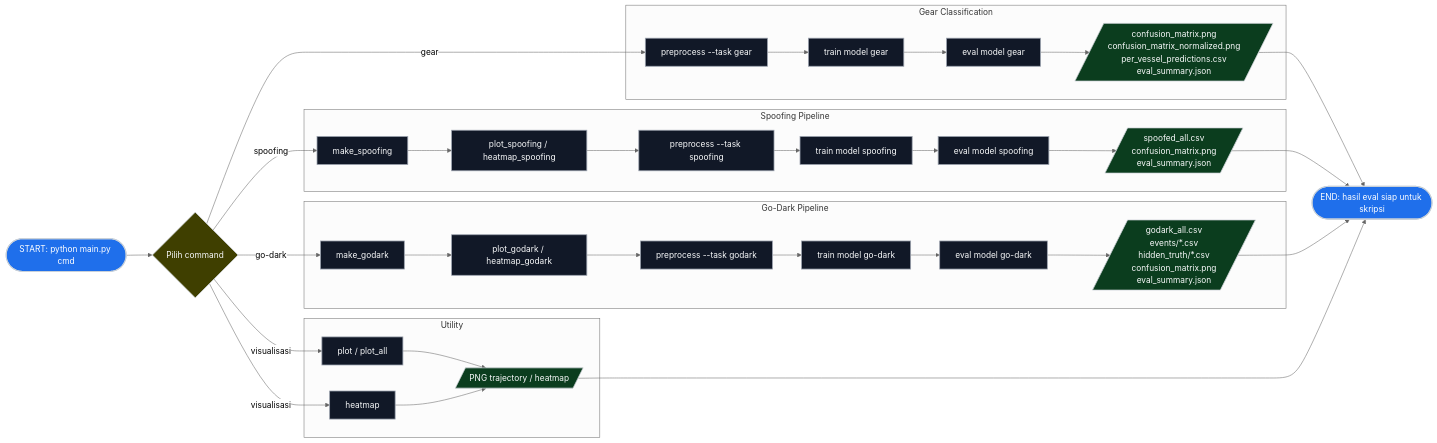
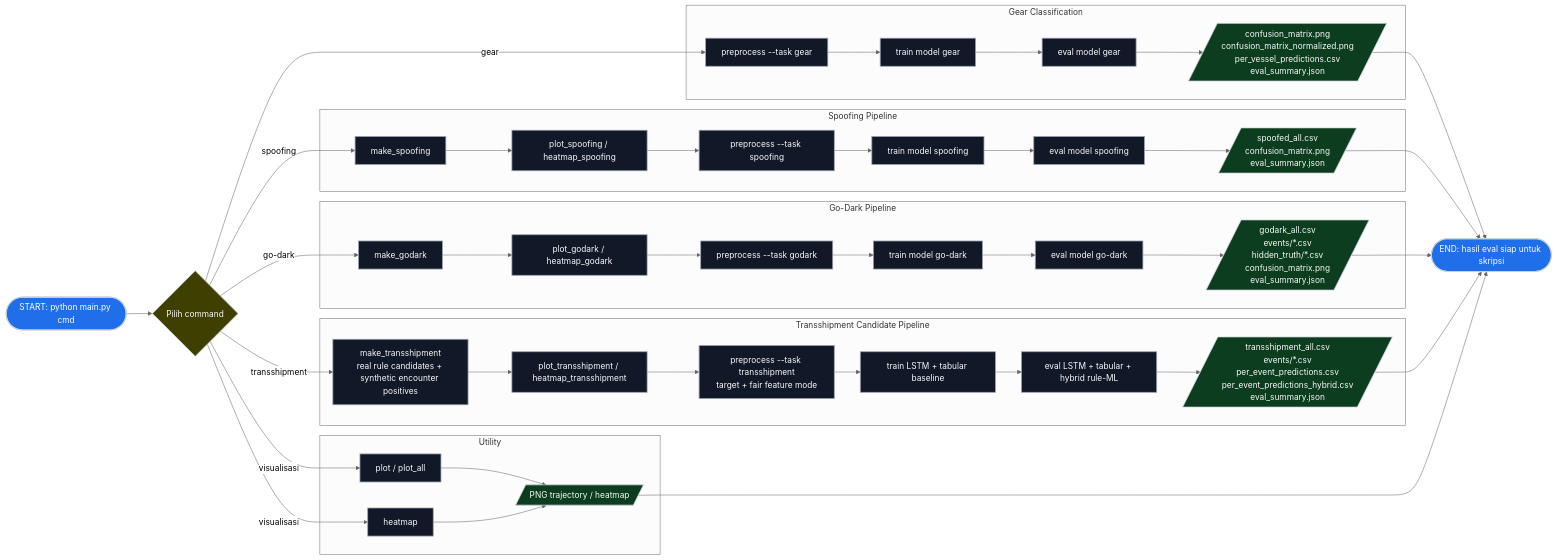
The diagram in FLOWCHART.md (dhyaaqilla15-phy/TAcodingGFWanomaly), drawn with Mermaid (neutral theme) before and after one commit. The commit also changed other lines of this file and 14 other files, not shown here.

````diff
--- a/FLOWCHART.md
+++ b/FLOWCHART.md
@@ -5,59 +5,71 @@
 ```mermaid
 flowchart LR
   classDef startEnd fill:#1f6feb,stroke:#c9d1d9,color:#ffffff,stroke-width:2px;
   classDef process fill:#111827,stroke:#9ca3af,color:#f9fafb,stroke-width:1.5px;
   classDef decision fill:#3f3f00,stroke:#d1d5db,color:#f9fafb,stroke-width:1.5px;
   classDef io fill:#0b3d1e,stroke:#d1d5db,color:#f9fafb,stroke-width:1.5px;
 
   A([START: python main.py cmd]):::startEnd
   B{Pilih command}:::decision
   A --> B
 
   subgraph G[Gear Classification]
     G1[preprocess --task gear]:::process
     G2[train model gear]:::process
     G3[eval model gear]:::process
     G4[/confusion_matrix.png<br/>confusion_matrix_normalized.png<br/>per_vessel_predictions.csv<br/>eval_summary.json/]:::io
     G1 --> G2 --> G3 --> G4
   end
 
   subgraph S[Spoofing Pipeline]
     S1[make_spoofing]:::process
     S2[plot_spoofing / heatmap_spoofing]:::process
     S3[preprocess --task spoofing]:::process
     S4[train model spoofing]:::process
     S5[eval model spoofing]:::process
     S6[/spoofed_all.csv<br/>confusion_matrix.png<br/>eval_summary.json/]:::io
     S1 --> S2 --> S3 --> S4 --> S5 --> S6
   end
 
   subgraph D[Go-Dark Pipeline]
     D1[make_godark]:::process
     D2[plot_godark / heatmap_godark]:::process
     D3[preprocess --task godark]:::process
     D4[train model go-dark]:::process
     D5[eval model go-dark]:::process
     D6[/godark_all.csv<br/>events/*.csv<br/>hidden_truth/*.csv<br/>confusion_matrix.png<br/>eval_summary.json/]:::io
     D1 --> D2 --> D3 --> D4 --> D5 --> D6
   end
 
+  subgraph T[Transshipment Candidate Pipeline]
+    T1[make_transshipment<br/>real rule candidates + synthetic encounter positives]:::process
+    T2[plot_transshipment / heatmap_transshipment]:::process
+    T3[preprocess --task transshipment<br/>target + fair feature mode]:::process
+    T4[train LSTM + tabular baseline]:::process
+    T5[eval LSTM + tabular + hybrid rule-ML]:::process
+    T6[/transshipment_all.csv<br/>events/*.csv<br/>per_event_predictions.csv<br/>per_event_predictions_hybrid.csv<br/>eval_summary.json/]:::io
+    T1 --> T2 --> T3 --> T4 --> T5 --> T6
+  end
+
   subgraph U[Utility]
     U1[plot / plot_all]:::process
     U2[heatmap]:::process
     U3[/PNG trajectory / heatmap/]:::io
     U1 --> U3
     U2 --> U3
   end
 
   B -->|gear| G1
   B -->|spoofing| S1
   B -->|go-dark| D1
+  B -->|transshipment| T1
   B -->|visualisasi| U1
   B -->|visualisasi| U2
 
   Z([END: hasil eval siap untuk skripsi]):::startEnd
   G4 --> Z
   S6 --> Z
   D6 --> Z
+  T6 --> Z
   U3 --> Z
 ```
````
